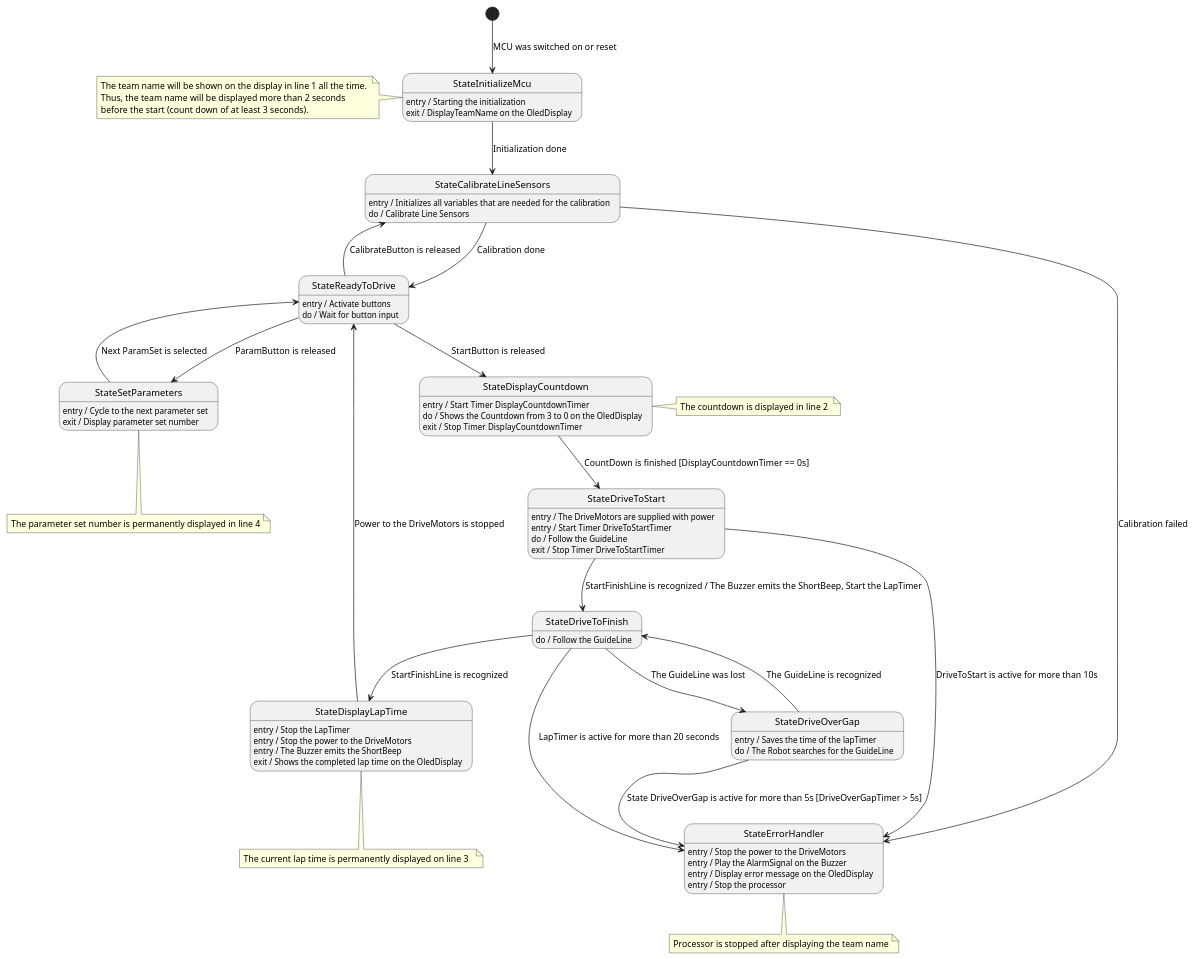
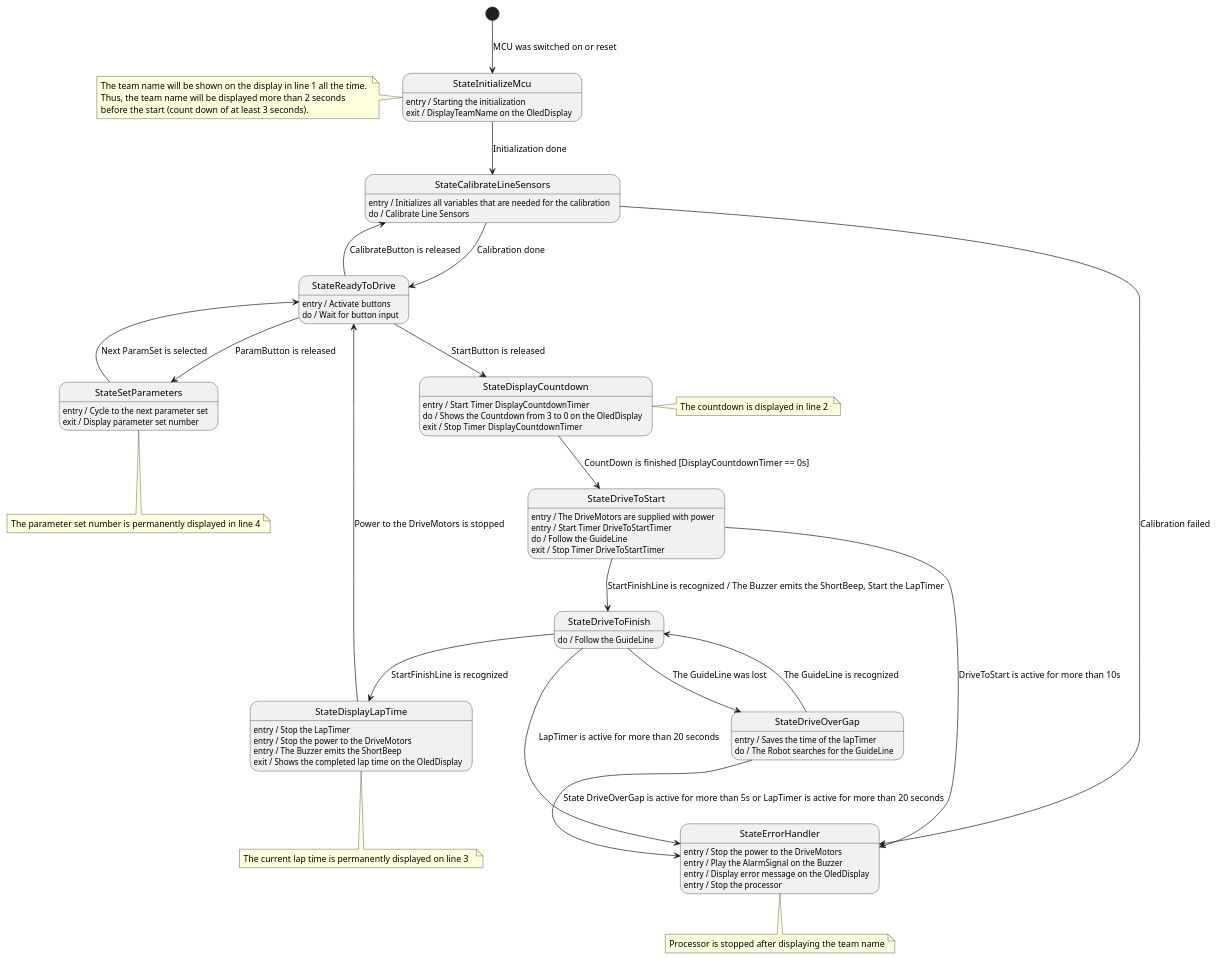
One commit to Manumals/Software_Engineering_fuer_Embedded_Systems changed the diagram in Abgabe/system/UML/StateDiagram.puml. Above: the diagram before and after it, drawn with PlantUML. The commit also changed 1 other file, not shown here.

Commit message:
UML improvements

```diff
--- a/Abgabe/system/UML/StateDiagram.puml
+++ b/Abgabe/system/UML/StateDiagram.puml
@@ -1,83 +1,83 @@
 @startuml
 
 'StateInitializeMcu'
 [*] --> StateInitializeMcu : MCU was switched on or reset
 StateInitializeMcu --> StateCalibrateLineSensors : Initialization done
 StateInitializeMcu : entry / Starting the initialization
 StateInitializeMcu : exit / DisplayTeamName on the OledDisplay
 note left of StateInitializeMcu
     The team name will be shown on the display in line 1 all the time. 
     Thus, the team name will be displayed more than 2 seconds 
     before the start (count down of at least 3 seconds).
 end note
 
 'StateCalibrateLineSensors'
 StateCalibrateLineSensors --> StateReadyToDrive : Calibration done
 StateCalibrateLineSensors : entry / Initializes all variables that are needed for the calibration
 StateCalibrateLineSensors : do / Calibrate Line Sensors
 StateCalibrateLineSensors --> StateErrorHandler : Calibration failed
 
 'StateReadyToDrive'
 StateReadyToDrive --> StateSetParameters :ParamButton is released
 StateReadyToDrive --> StateDisplayCountdown : StartButton is released
 StateReadyToDrive --> StateCalibrateLineSensors : CalibrateButton is released
 StateReadyToDrive : entry / Activate buttons
 StateReadyToDrive : do / Wait for button input
 
 'StateDisplayCountdown'
 StateDisplayCountdown --> StateDriveToStart : CountDown is finished [DisplayCountdownTimer == 0s]
 StateDisplayCountdown: entry /  Start Timer DisplayCountdownTimer
 StateDisplayCountdown: do / Shows the Countdown from 3 to 0 on the OledDisplay
 StateDisplayCountdown: exit /  Stop Timer DisplayCountdownTimer
 note right of StateDisplayCountdown
 The countdown is displayed in line 2 
 end note
 
 'StateDriveToStart'
 StateDriveToStart --> StateDriveToFinish : StartFinishLine is recognized / The Buzzer emits the ShortBeep, Start the LapTimer 
 StateDriveToStart --> StateErrorHandler : DriveToStart is active for more than 10s
 StateDriveToStart: entry / The DriveMotors are supplied with power 
 StateDriveToStart: entry / Start Timer DriveToStartTimer
 StateDriveToStart: do / Follow the GuideLine 
 StateDriveToStart: exit / Stop Timer DriveToStartTimer
 
 'StateDriveToFinish'
 StateDriveToFinish --> StateErrorHandler : LapTimer is active for more than 20 seconds
 StateDriveToFinish --> StateDriveOverGap : The GuideLine was lost
 StateDriveToFinish --> StateDisplayLapTime : StartFinishLine is recognized
 StateDriveToFinish : do / Follow the GuideLine 
 
 'StateDriveOverGap'
-StateDriveOverGap --> StateErrorHandler : State DriveOverGap is active for more than 5s [DriveOverGapTimer > 5s]
+StateDriveOverGap --> StateErrorHandler : State DriveOverGap is active for more than 5s or LapTimer is active for more than 20 seconds
 StateDriveOverGap  --> StateDriveToFinish : The GuideLine is recognized
 StateDriveOverGap: entry / Saves the time of the lapTimer
 StateDriveOverGap : do / The Robot searches for the GuideLine
 
 'StateDisplayLapTime
 StateDisplayLapTime  --> StateReadyToDrive : Power to the DriveMotors is stopped
 StateDisplayLapTime : entry / Stop the LapTimer
 StateDisplayLapTime : entry / Stop the power to the DriveMotors
 StateDisplayLapTime : entry / The Buzzer emits the ShortBeep
 StateDisplayLapTime : exit / Shows the completed lap time on the OledDisplay
 note bottom of StateDisplayLapTime
 The current lap time is permanently displayed on line 3  
 end note
 
 'StateSetParameters
 StateSetParameters --> StateReadyToDrive : Next ParamSet is selected
 StateSetParameters: entry / Cycle to the next parameter set
 StateSetParameters: exit / Display parameter set number
 note bottom of StateSetParameters
 The parameter set number is permanently displayed in line 4
 end note
 
 'StateErrorHandler
 StateErrorHandler: entry / Stop the power to the DriveMotors
 StateErrorHandler: entry / Play the AlarmSignal on the Buzzer
 StateErrorHandler: entry / Display error message on the OledDisplay
 StateErrorHandler: entry / Stop the processor
 note bottom of StateErrorHandler
 Processor is stopped after displaying the team name
 end note
 
 @enduml
```
